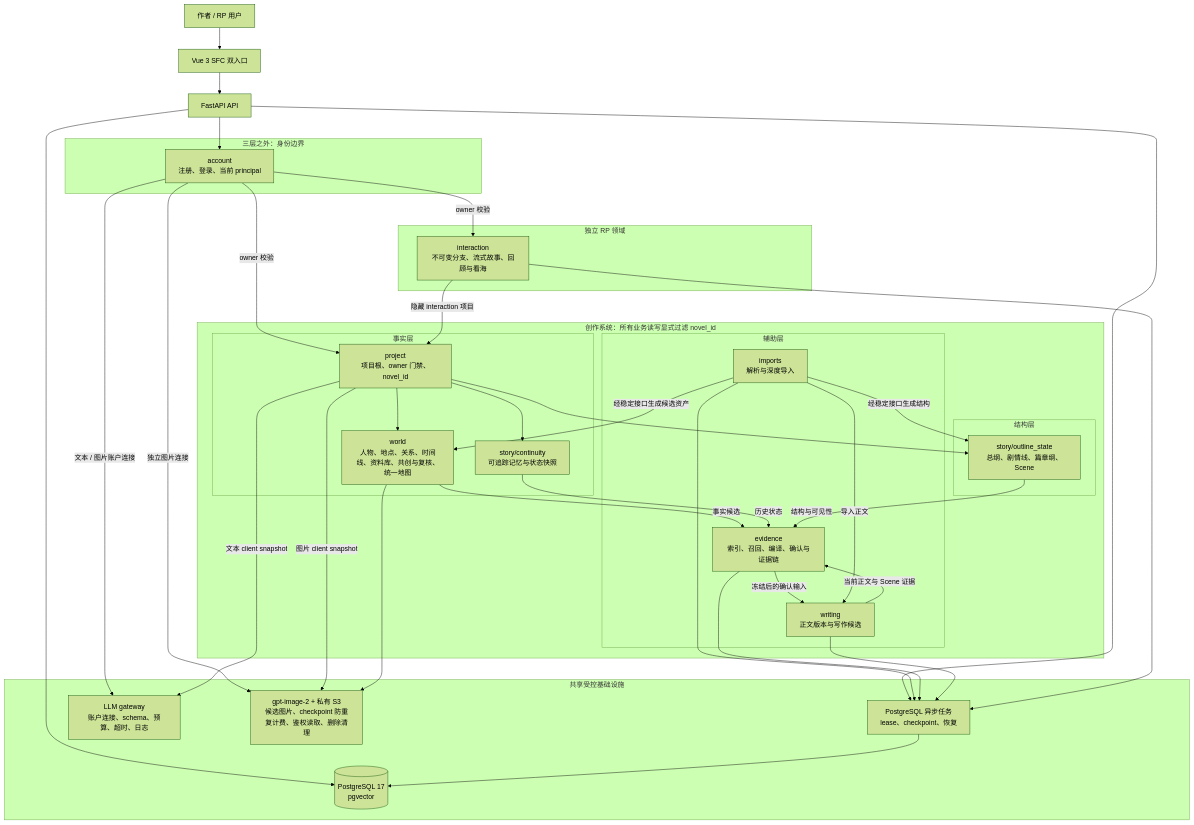
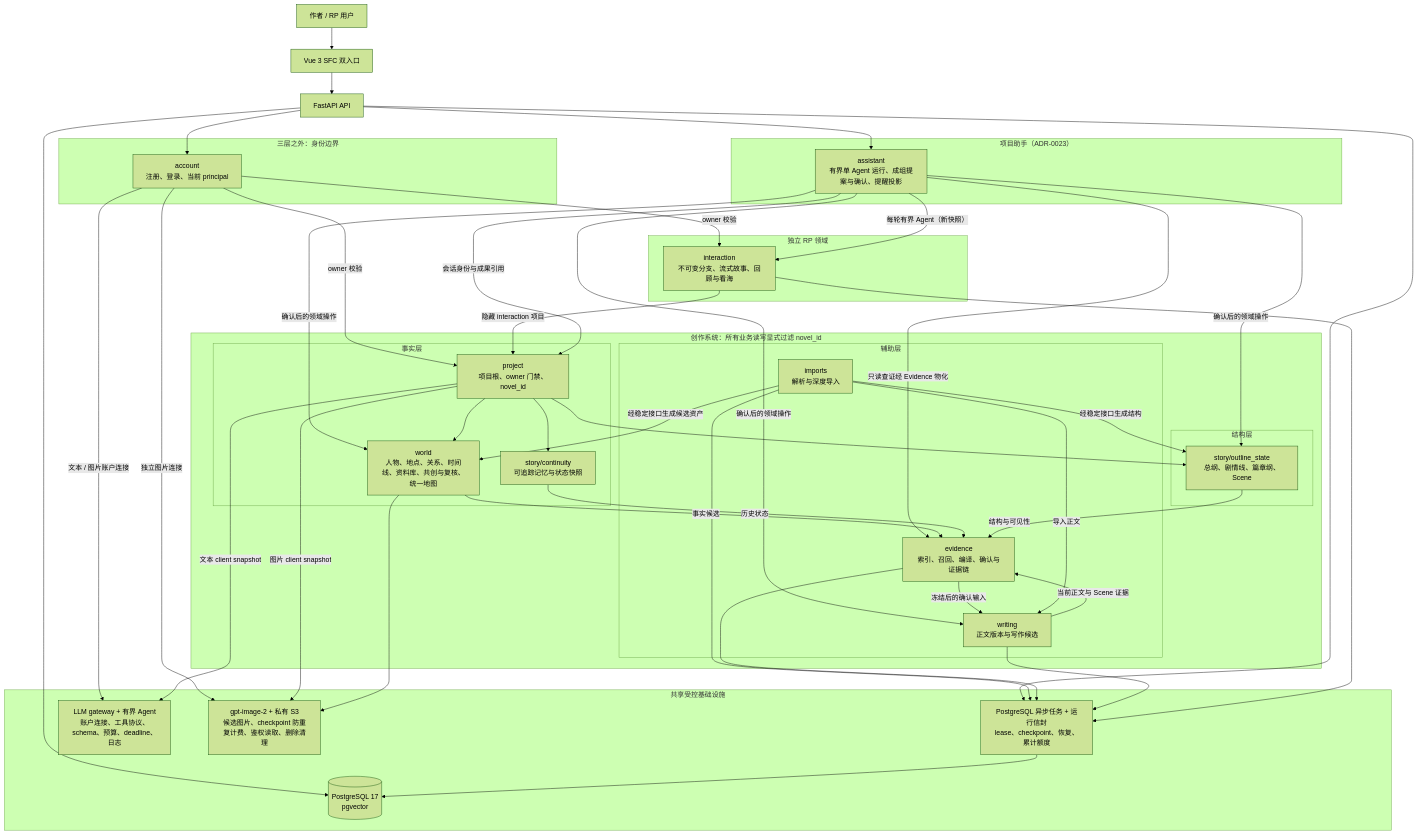
The fourth of 9 diagrams in README.md (FengHuoLinShan/ai-writing-assist), drawn with Mermaid (forest theme) before and after one commit. The commit also changed other lines of this file, not shown here.

Commit message:
docs(readme): document bounded agent path and capability framing

````diff
--- a/README.md
+++ b/README.md
@@ -154,69 +175,80 @@
 ```mermaid
 flowchart TB
     User["作者 / RP 用户"] --> UI["Vue 3 SFC 双入口"]
     UI --> API["FastAPI API"]
 
     subgraph Identity["三层之外：身份边界"]
         Account["account<br/>注册、登录、当前 principal"]
     end
 
     API --> Account
 
     subgraph Creative["创作系统：所有业务读写显式过滤 novel_id"]
         subgraph Facts["事实层"]
             Project["project<br/>项目根、owner 门禁、novel_id"]
             World["world<br/>人物、地点、关系、时间线、资料库、共创与复核、统一地图"]
             Memory["story/continuity<br/>可追踪记忆与状态快照"]
         end
 
         subgraph Structure["结构层"]
             Outline["story/outline_state<br/>总纲、剧情线、篇章纲、Scene"]
         end
 
         subgraph Support["辅助层"]
             Imports["imports<br/>解析与深度导入"]
             Evidence["evidence<br/>索引、召回、编译、确认与证据链"]
             Writing["writing<br/>正文版本与写作候选"]
         end
     end
 
     subgraph RP["独立 RP 领域"]
         Interaction["interaction<br/>不可变分支、流式故事、回顾与看海"]
     end
 
+    subgraph Agent["项目助手（ADR-0023）"]
+        Assistant["assistant<br/>有界单 Agent 运行、成组提案与确认、提醒投影"]
+    end
+
     Account -->|"owner 校验"| Project
     Account -->|"owner 校验"| Interaction
     Interaction -->|"隐藏 interaction 项目"| Project
+    API --> Assistant
+    Assistant -->|"只读查证经 Evidence 物化"| Evidence
+    Assistant -->|"确认后的领域操作"| World
+    Assistant -->|"确认后的领域操作"| Writing
+    Assistant -->|"确认后的领域操作"| Outline
+    Assistant -->|"会话身份与成果引用"| Project
+    Assistant -->|"每轮有界 Agent（新快照）"| Interaction
     Project --> World
     Project --> Memory
     Project --> Outline
 
     Writing -->|"当前正文与 Scene 证据"| Evidence
     World -->|"事实候选"| Evidence
     Memory -->|"历史状态"| Evidence
     Outline -->|"结构与可见性"| Evidence
     Evidence -->|"冻结后的确认输入"| Writing
     Imports -->|"经稳定接口生成候选资产"| World
     Imports -->|"经稳定接口生成结构"| Outline
     Imports -->|"导入正文"| Writing
 
     subgraph Platform["共享受控基础设施"]
-        Tasks["PostgreSQL 异步任务<br/>lease、checkpoint、恢复"]
-        LLM["LLM gateway<br/>账户连接、schema、预算、超时、日志"]
+        Tasks["PostgreSQL 异步任务 + 运行信封<br/>lease、checkpoint、恢复、累计额度"]
+        LLM["LLM gateway + 有界 Agent<br/>账户连接、工具协议、schema、预算、deadline、日志"]
         Images["gpt-image-2 + 私有 S3<br/>候选图片、checkpoint 防重复计费、鉴权读取、删除清理"]
         DB[("PostgreSQL 17<br/>pgvector")]
     end
 
     API --> Tasks
     Imports --> Tasks
     Evidence --> Tasks
     Writing --> Tasks
     Interaction --> Tasks
     Account -->|"文本 / 图片账户连接"| LLM
     Account -->|"独立图片连接"| Images
     Project -->|"文本 client snapshot"| LLM
     Project -->|"图片 client snapshot"| Images
     World --> Images
     API --> DB
     Tasks --> DB
 ```
````
